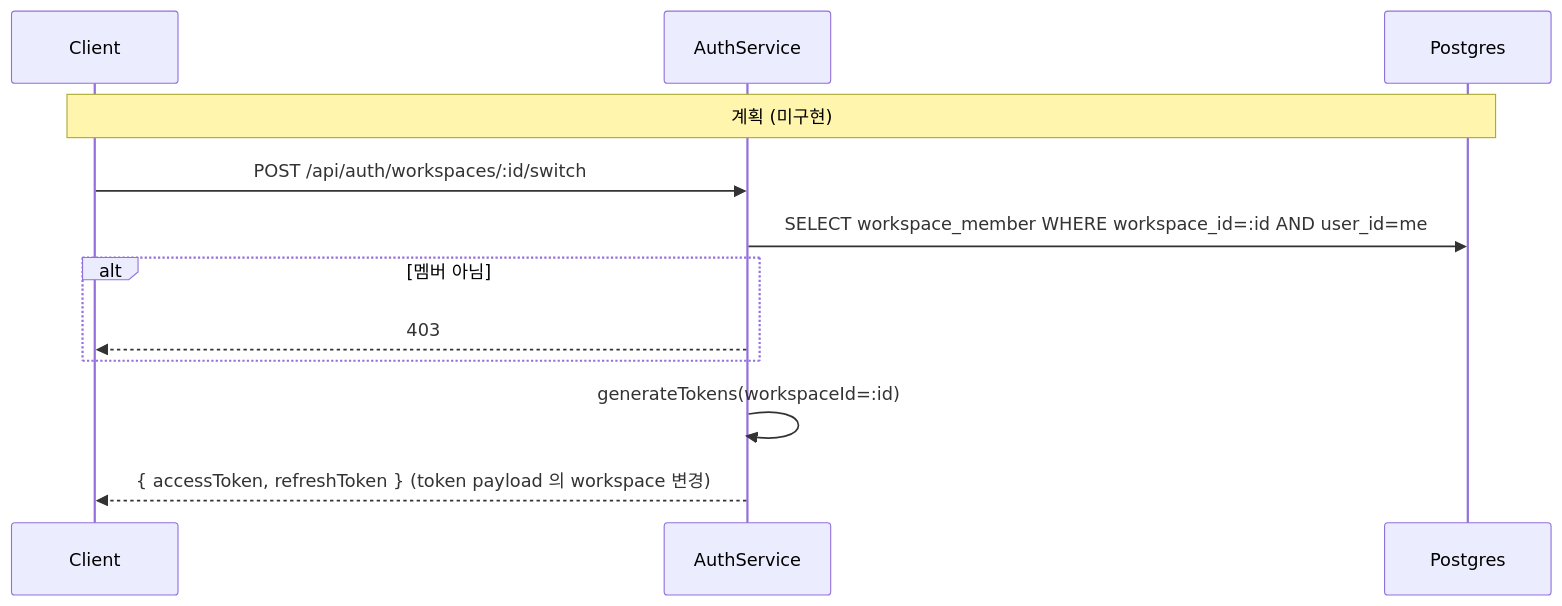
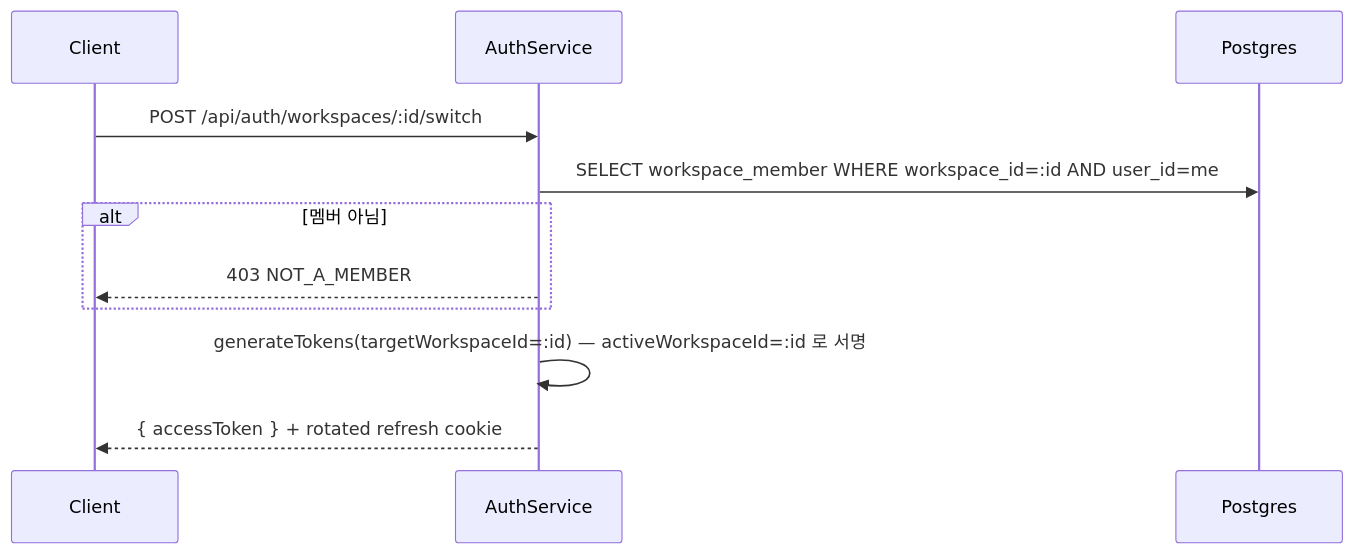
The fourth of 6 diagrams in spec/data-flow/12-workspace.md (worker-ants/clemvion), drawn with Mermaid before and after one commit. The commit also changed other lines of this file and 5 other files, not shown here.

````diff
--- a/spec/data-flow/12-workspace.md
+++ b/spec/data-flow/12-workspace.md
@@ -113,14 +115,13 @@
 ```mermaid
 sequenceDiagram
   participant C as Client
   participant Svc as AuthService
   participant PG as Postgres
-  Note over C,PG: 계획 (미구현)
   C->>Svc: POST /api/auth/workspaces/:id/switch
   Svc->>PG: SELECT workspace_member WHERE workspace_id=:id AND user_id=me
   alt 멤버 아님
-    Svc-->>C: 403
+    Svc-->>C: 403 NOT_A_MEMBER
   end
-  Svc->>Svc: generateTokens(workspaceId=:id)
-  Svc-->>C: { accessToken, refreshToken } (token payload 의 workspace 변경)
+  Svc->>Svc: generateTokens(targetWorkspaceId=:id) — activeWorkspaceId=:id 로 서명
+  Svc-->>C: { accessToken } + rotated refresh cookie
 ```
````
